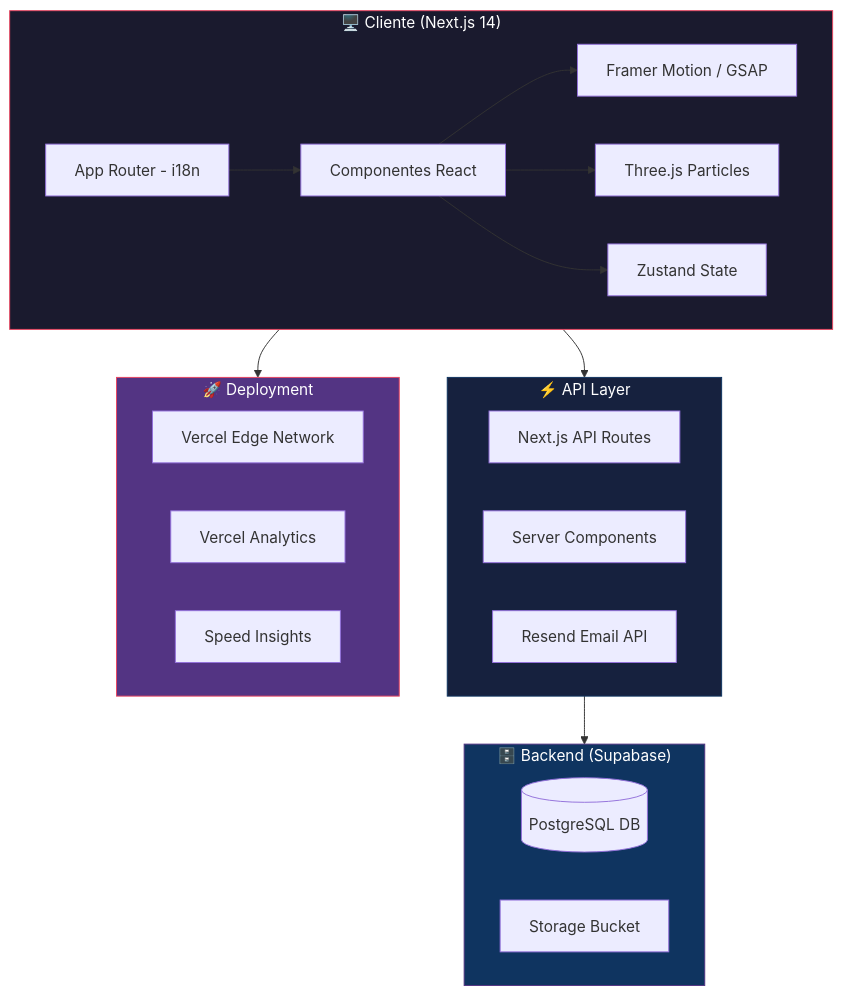
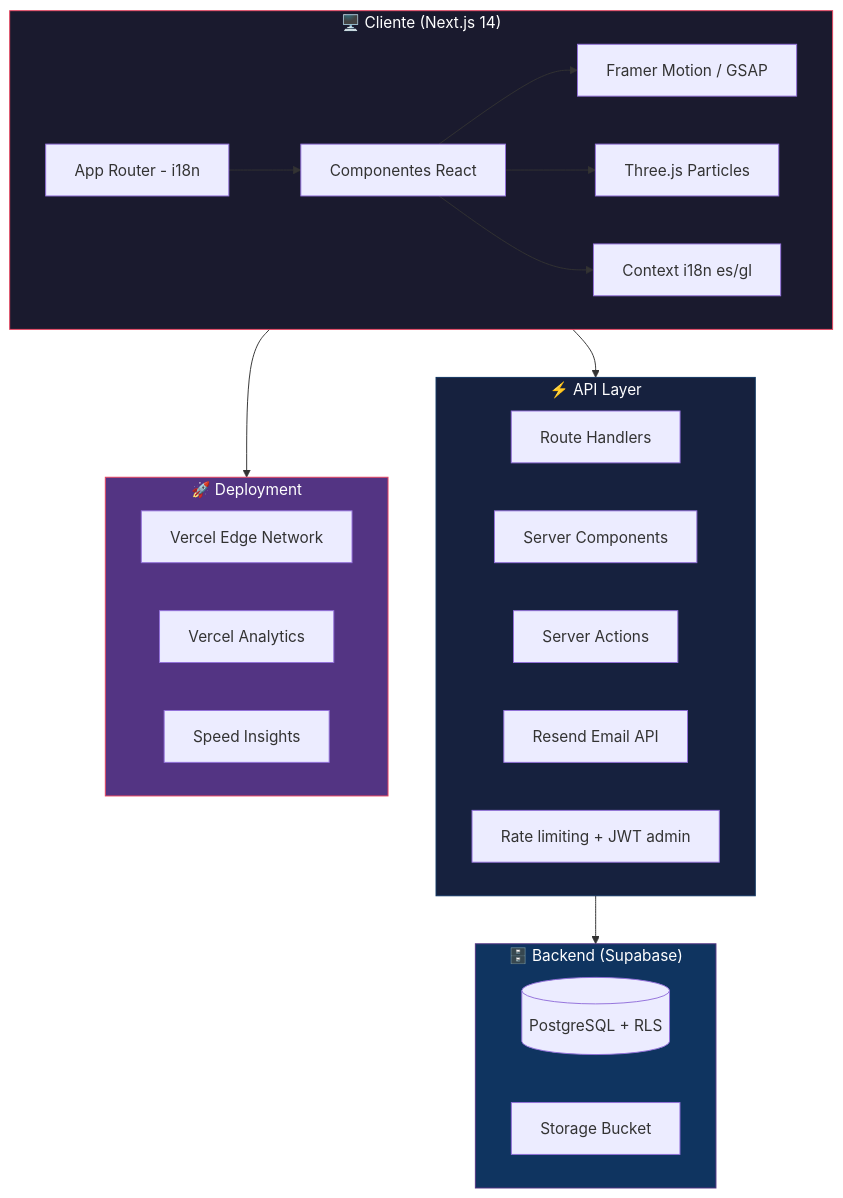
One commit to aleglope/La-Parrilla-de-champi changed the first of 3 diagrams in README.md. Above: the diagram before and after it, drawn with Mermaid. The commit also changed other lines of this file and 1 other file, not shown here.

````diff
--- a/README.md
+++ b/README.md
@@ -94,35 +94,37 @@
 ```mermaid
 graph TB
     subgraph Cliente["🖥️ Cliente (Next.js 14)"]
         A[App Router - i18n] --> B[Componentes React]
         B --> C[Framer Motion / GSAP]
         B --> D[Three.js Particles]
-        B --> E[Zustand State]
+        B --> E[Context i18n es/gl]
     end
 
     subgraph API["⚡ API Layer"]
-        F[Next.js API Routes]
+        F[Route Handlers]
         G[Server Components]
+        S[Server Actions]
         H[Resend Email API]
+        R[Rate limiting + JWT admin]
     end
 
     subgraph Backend["🗄️ Backend (Supabase)"]
-        I[(PostgreSQL DB)]
+        I[(PostgreSQL + RLS)]
         K[Storage Bucket]
     end
 
     subgraph Deploy["🚀 Deployment"]
         L[Vercel Edge Network]
         M[Vercel Analytics]
         N[Speed Insights]
     end
 
     Cliente --> API
     API --> Backend
     Cliente --> Deploy
     
     style Cliente fill:#1a1a2e,stroke:#e94560,color:#fff
     style API fill:#16213e,stroke:#0f3460,color:#fff
     style Backend fill:#0f3460,stroke:#533483,color:#fff
     style Deploy fill:#533483,stroke:#e94560,color:#fff
 ```
````
